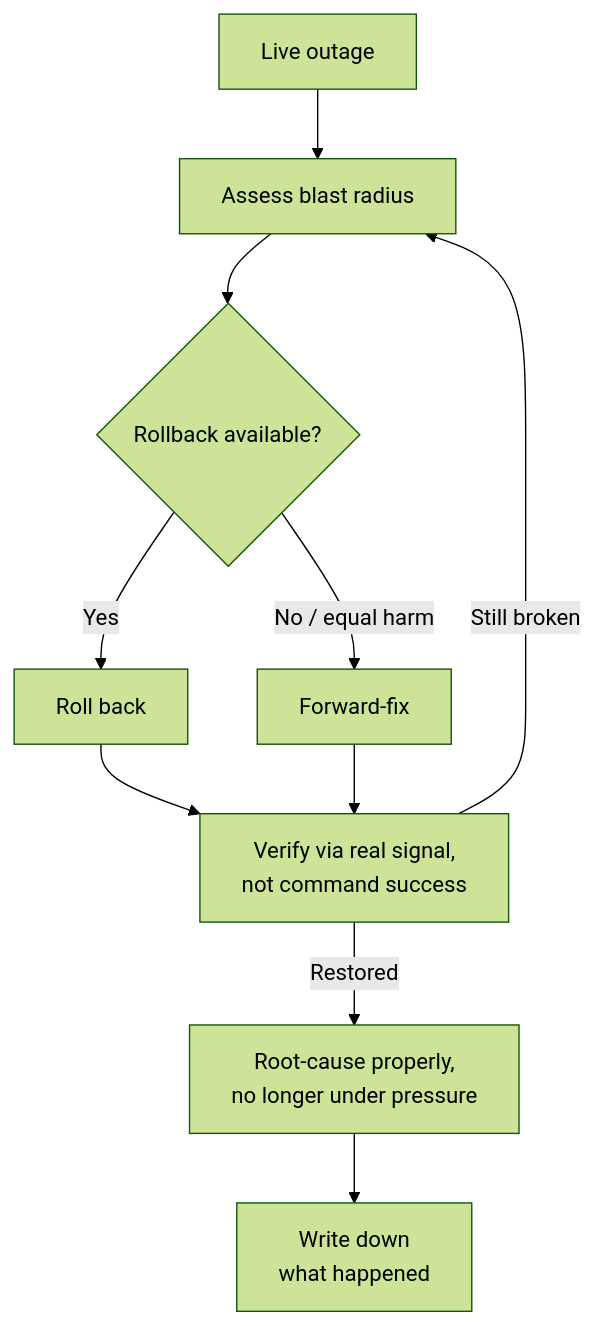
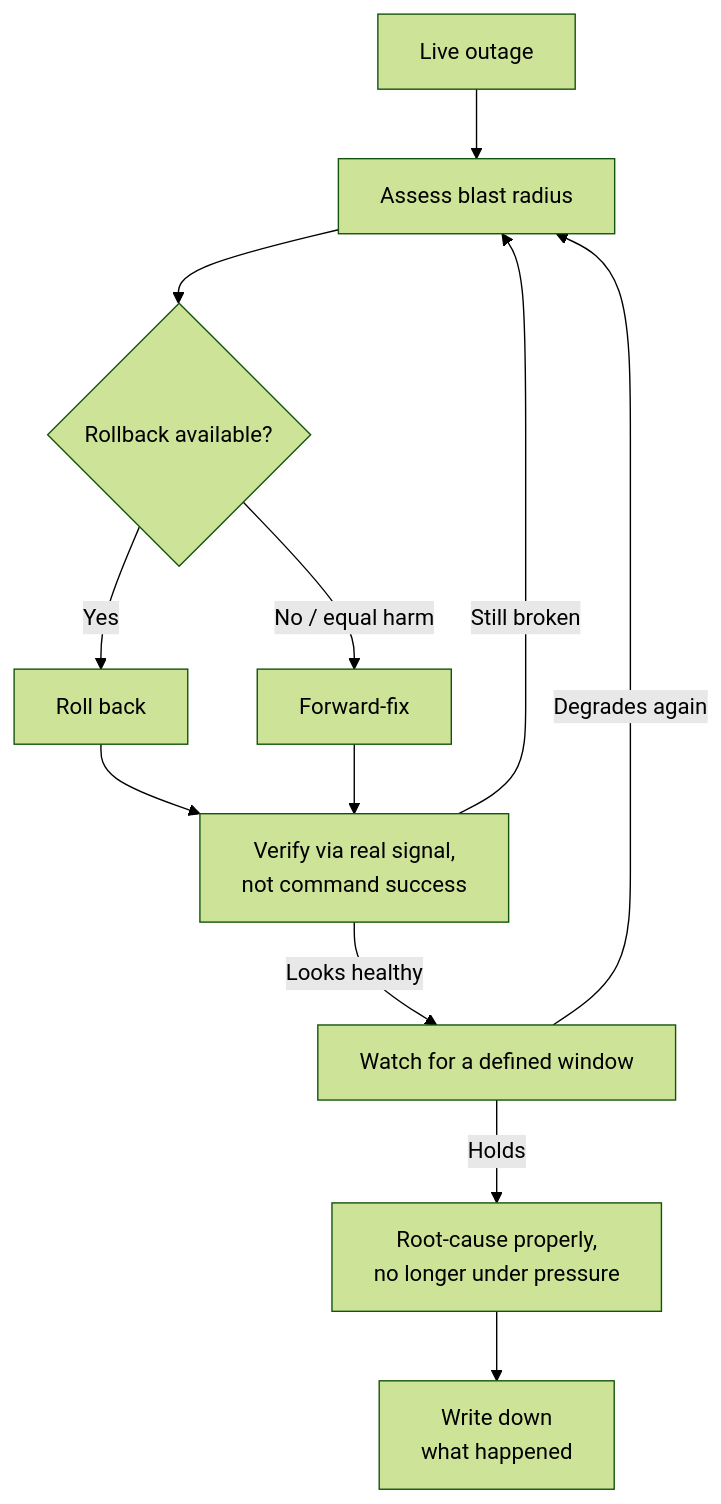
One commit to chiragmangaldev3112/agent-playbooks changed diagram 19 of 38 in FLOWS.md. Above: the diagram before and after it, drawn with Mermaid (forest theme). The commit also changed other lines of this file and 6 other files, not shown here.

First line of the commit message:
Sync docs for content 1.29.0: flows, examples, changelog, custom bots

````diff
--- a/FLOWS.md
+++ b/FLOWS.md
@@ -321,12 +370,14 @@
 ```mermaid
 flowchart TD
     A[Live outage] --> B[Assess blast radius]
     B --> C{Rollback available?}
     C -->|Yes| D[Roll back]
     C -->|No / equal harm| E[Forward-fix]
     D --> F[Verify via real signal,\nnot command success]
     E --> F
     F -->|Still broken| B
-    F -->|Restored| G[Root-cause properly,\nno longer under pressure]
+    F -->|Looks healthy| W[Watch for a defined window]
+    W -->|Degrades again| B
+    W -->|Holds| G[Root-cause properly,\nno longer under pressure]
     G --> H[Write down\nwhat happened]
 ```
````
